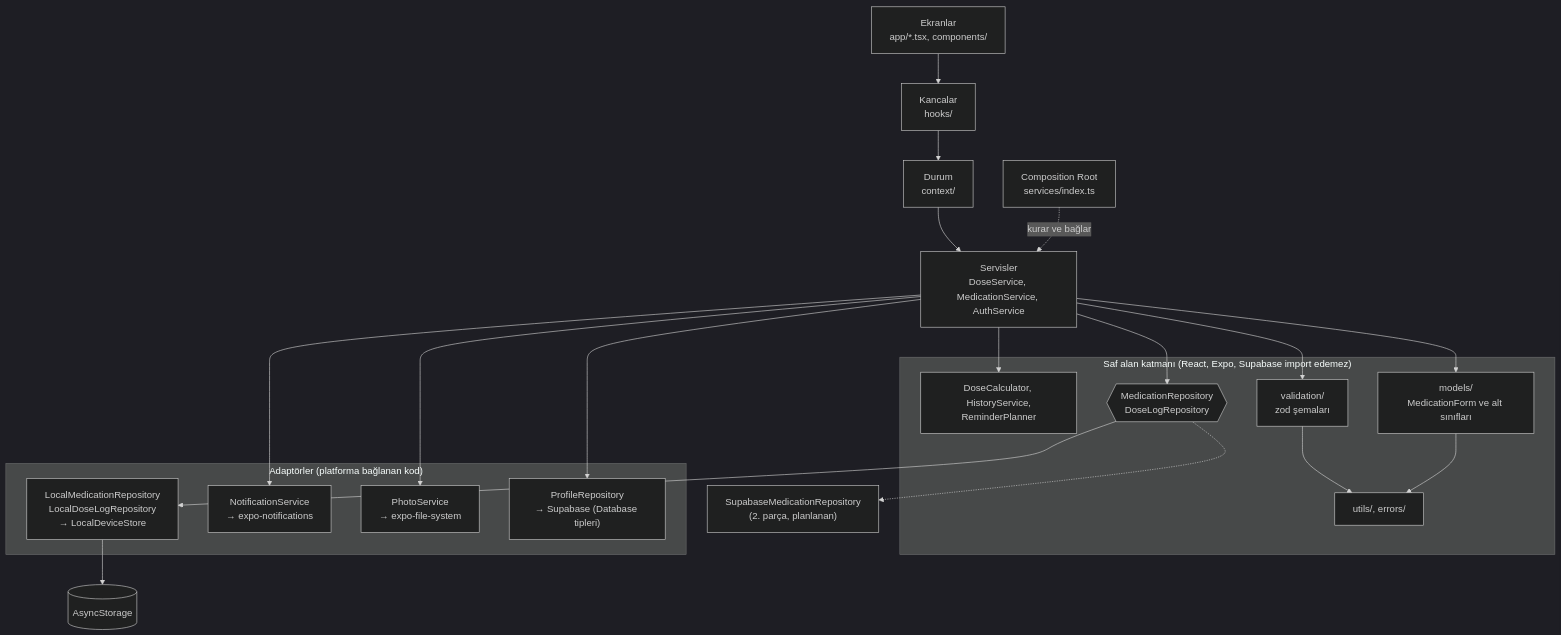
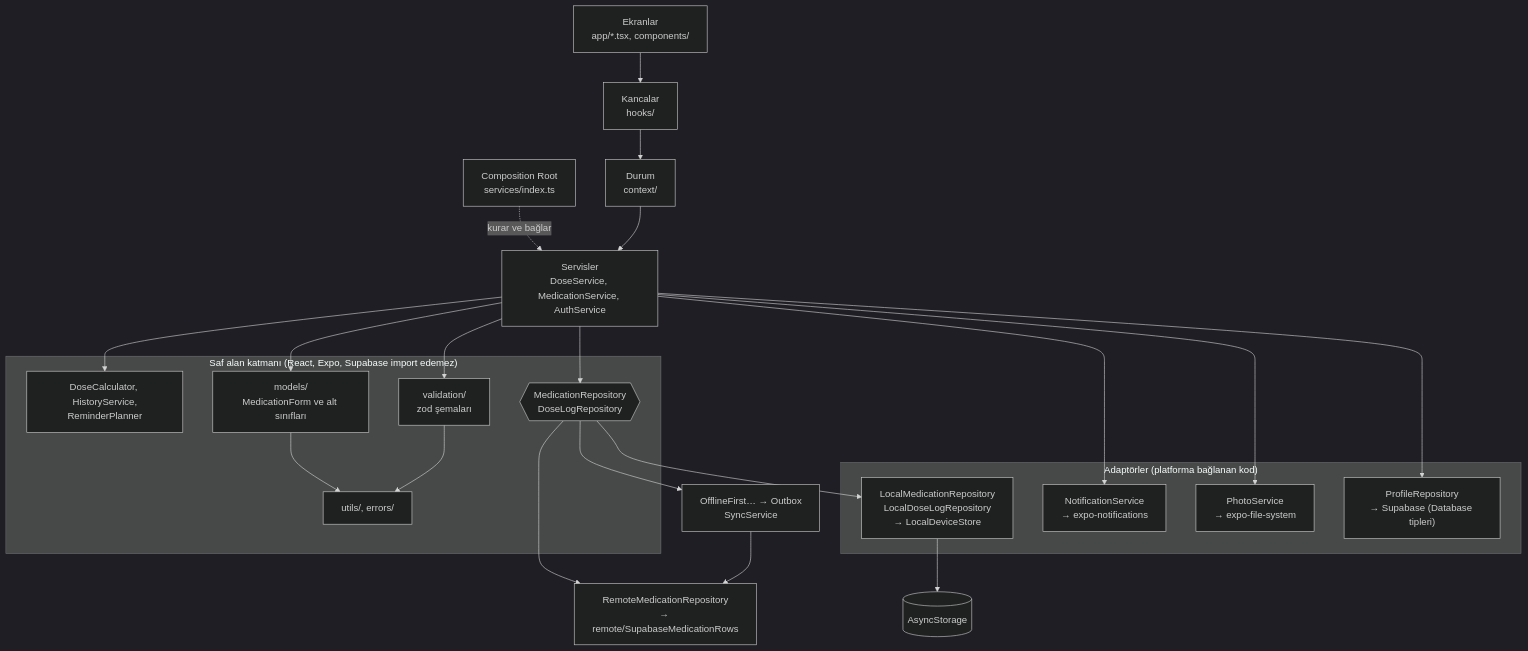
Before and after one commit to mustafabulut8/ilac-takip: the first of 3 diagrams in docs/moduler-yapi.md, drawn with Mermaid (dark theme). The commit also changed other lines of this file and 3 other files, not shown here.

````diff
--- a/docs/moduler-yapi.md
+++ b/docs/moduler-yapi.md
@@ -132,36 +150,38 @@
 ```mermaid
 flowchart TD
   UI["Ekranlar<br/>app/*.tsx, components/"] --> Hooks["Kancalar<br/>hooks/"]
   Hooks --> Ctx["Durum<br/>context/"]
   Ctx --> Svc["Servisler<br/>DoseService, MedicationService, AuthService"]
   Root["Composition Root<br/>services/index.ts"] -. kurar ve bağlar .-> Svc
 
   subgraph Alan["Saf alan katmanı (React, Expo, Supabase import edemez)"]
     Calc["DoseCalculator, HistoryService,<br/>ReminderPlanner"]
     Repo{{"MedicationRepository<br/>DoseLogRepository"}}
     Val["validation/<br/>zod şemaları"]
     Models["models/<br/>MedicationForm ve alt sınıfları"]
     Utils["utils/, errors/"]
   end
 
   Svc --> Calc
   Svc --> Repo
   Svc --> Val
   Svc --> Models
   Val --> Utils
   Models --> Utils
 
   subgraph Adaptor["Adaptörler (platforma bağlanan kod)"]
     Local["LocalMedicationRepository<br/>LocalDoseLogRepository<br/>→ LocalDeviceStore"]
     Notif["NotificationService<br/>→ expo-notifications"]
     Photo["PhotoService<br/>→ expo-file-system"]
     Prof["ProfileRepository<br/>→ Supabase (Database tipleri)"]
   end
 
   Repo --> Local
-  Repo -.-> SupaRepo["SupabaseMedicationRepository<br/>(2. parça, planlanan)"]
+  Repo --> Offline["OfflineFirst… → Outbox<br/>SyncService"]
+  Offline --> Remote["RemoteMedicationRepository<br/>→ remote/SupabaseMedicationRows"]
+  Repo --> Remote
   Local --> Async[("AsyncStorage")]
   Svc --> Notif
   Svc --> Photo
   Svc --> Prof
 ```
````
